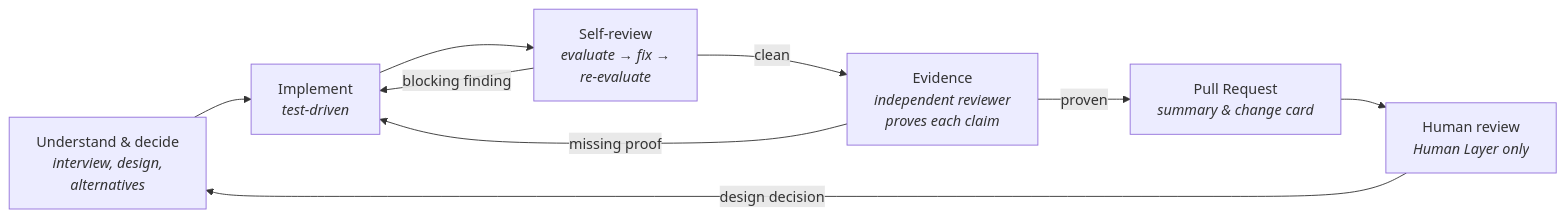
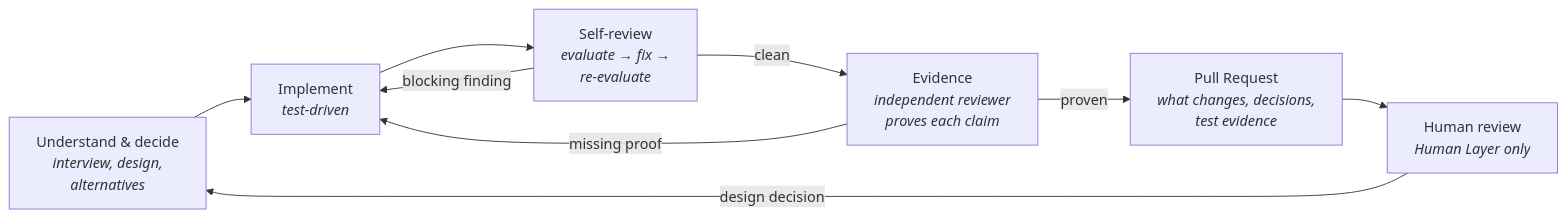
One commit to tiagoornelas/ai-skills changed the second of 2 diagrams in README.md. Above: the diagram before and after it, drawn with Mermaid. The commit also changed other lines of this file and 10 other files, not shown here.

````diff
--- a/README.md
+++ b/README.md
@@ -51,11 +51,11 @@
 ```mermaid
 graph LR
   D["Understand & decide<br/><i>interview, design,<br/>alternatives</i>"] --> I["Implement<br/><i>test-driven</i>"]
   I --> S["Self-review<br/><i>evaluate → fix →<br/>re-evaluate</i>"]
   S -- "blocking finding" --> I
   S -- "clean" --> E["Evidence<br/><i>independent reviewer<br/>proves each claim</i>"]
   E -- "missing proof" --> I
-  E -- "proven" --> P["Pull Request<br/><i>summary & change card</i>"]
+  E -- "proven" --> P["Pull Request<br/><i>what changes, decisions,<br/>test evidence</i>"]
   P --> R["Human review<br/><i>Human Layer only</i>"]
   R -- "design decision" --> D
 ```
````
